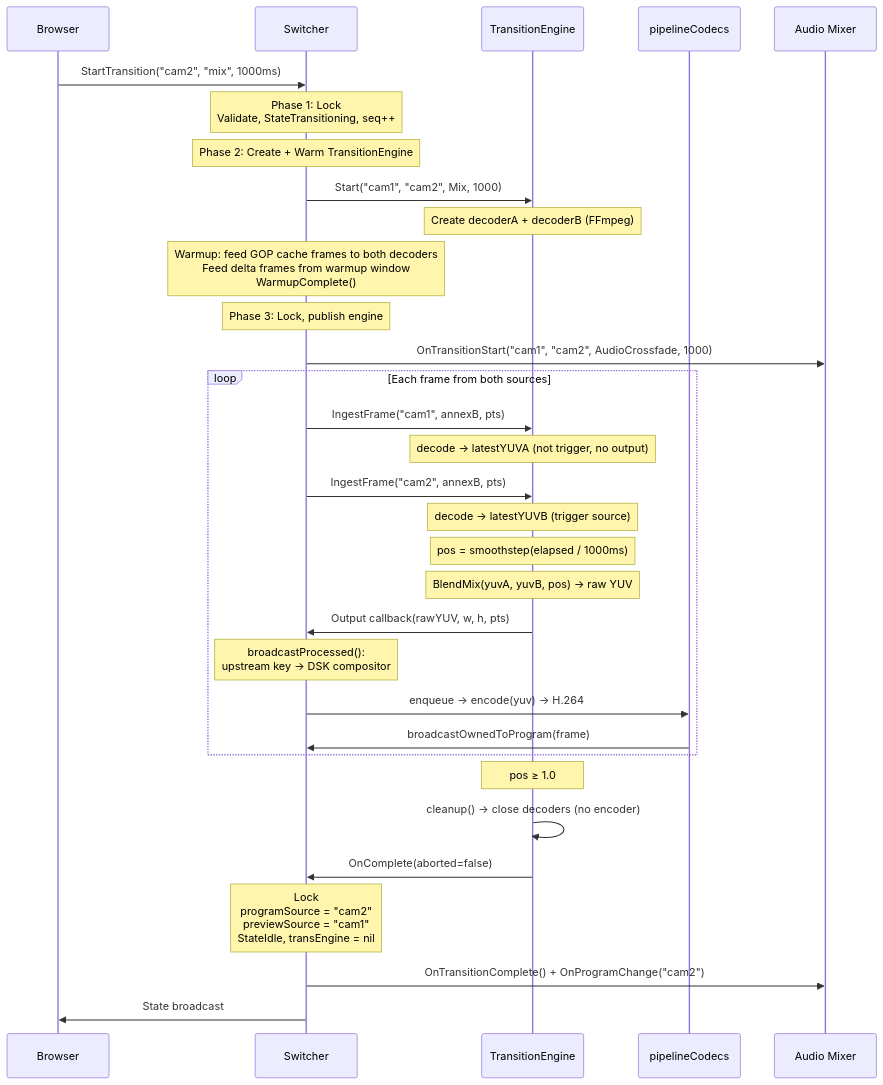
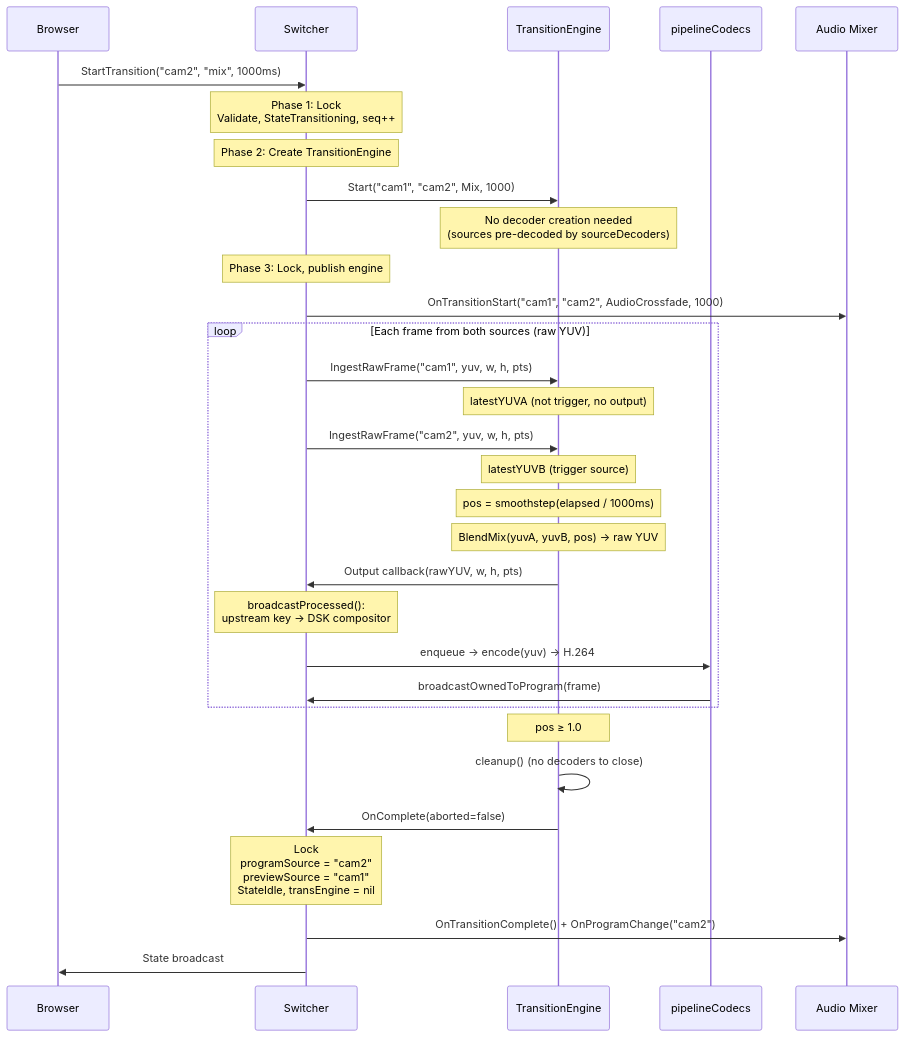
Before and after one commit to zsiec/switchframe: diagram 21 of 23 in docs/architecture.md, drawn with Mermaid. The commit also changed other lines of this file and 6 other files, not shown here.

````diff
--- a/docs/architecture.md
+++ b/docs/architecture.md
@@ -1190,42 +1226,41 @@
 ```mermaid
 sequenceDiagram
     participant Browser
     participant SW as Switcher
     participant TE as TransitionEngine
     participant PC as pipelineCodecs
     participant Mixer as Audio Mixer
 
     Browser->>SW: StartTransition("cam2", "mix", 1000ms)
 
     Note over SW: Phase 1: Lock<br/>Validate, StateTransitioning, seq++
 
-    Note over SW: Phase 2: Create + Warm TransitionEngine
+    Note over SW: Phase 2: Create TransitionEngine
     SW->>TE: Start("cam1", "cam2", Mix, 1000)
-    Note over TE: Create decoderA + decoderB (FFmpeg)
-    Note over SW: Warmup: feed GOP cache frames to both decoders<br/>Feed delta frames from warmup window<br/>WarmupComplete()
+    Note over TE: No decoder creation needed<br/>(sources pre-decoded by sourceDecoders)
 
     Note over SW: Phase 3: Lock, publish engine
     SW->>Mixer: OnTransitionStart("cam1", "cam2", AudioCrossfade, 1000)
 
-    loop Each frame from both sources
-        SW->>TE: IngestFrame("cam1", annexB, pts)
-        Note over TE: decode → latestYUVA (not trigger, no output)
+    loop Each frame from both sources (raw YUV)
+        SW->>TE: IngestRawFrame("cam1", yuv, w, h, pts)
+        Note over TE: latestYUVA (not trigger, no output)
 
-        SW->>TE: IngestFrame("cam2", annexB, pts)
-        Note over TE: decode → latestYUVB (trigger source)
+        SW->>TE: IngestRawFrame("cam2", yuv, w, h, pts)
+        Note over TE: latestYUVB (trigger source)
         Note over TE: pos = smoothstep(elapsed / 1000ms)
         Note over TE: BlendMix(yuvA, yuvB, pos) → raw YUV
         TE->>SW: Output callback(rawYUV, w, h, pts)
         Note over SW: broadcastProcessed():<br/>upstream key → DSK compositor
         SW->>PC: enqueue → encode(yuv) → H.264
         PC->>SW: broadcastOwnedToProgram(frame)
     end
 
     Note over TE: pos ≥ 1.0
-    TE->>TE: cleanup() → close decoders (no encoder)
+    TE->>TE: cleanup() (no decoders to close)
     TE->>SW: OnComplete(aborted=false)
 
     Note over SW: Lock<br/>programSource = "cam2"<br/>previewSource = "cam1"<br/>StateIdle, transEngine = nil
     SW->>Mixer: OnTransitionComplete() + OnProgramChange("cam2")
     SW->>Browser: State broadcast
 ```
````
